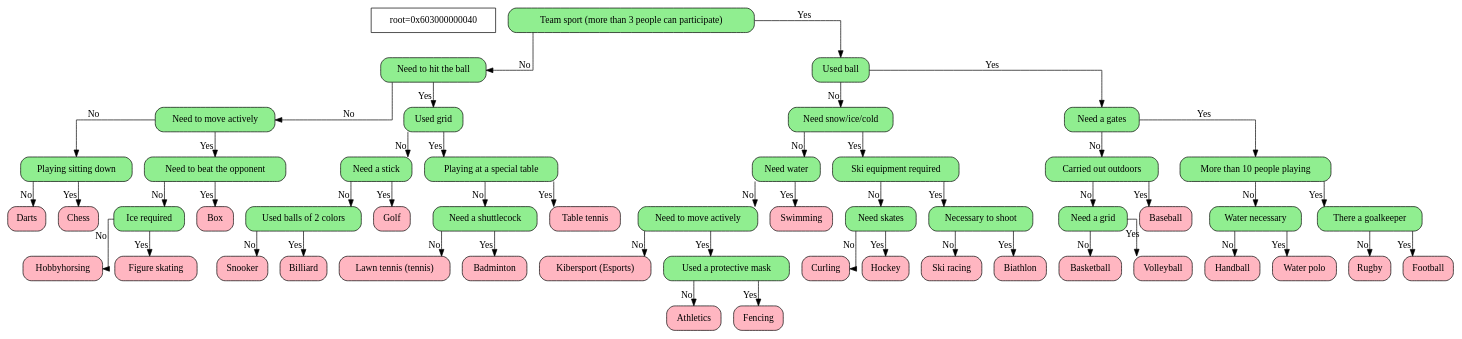
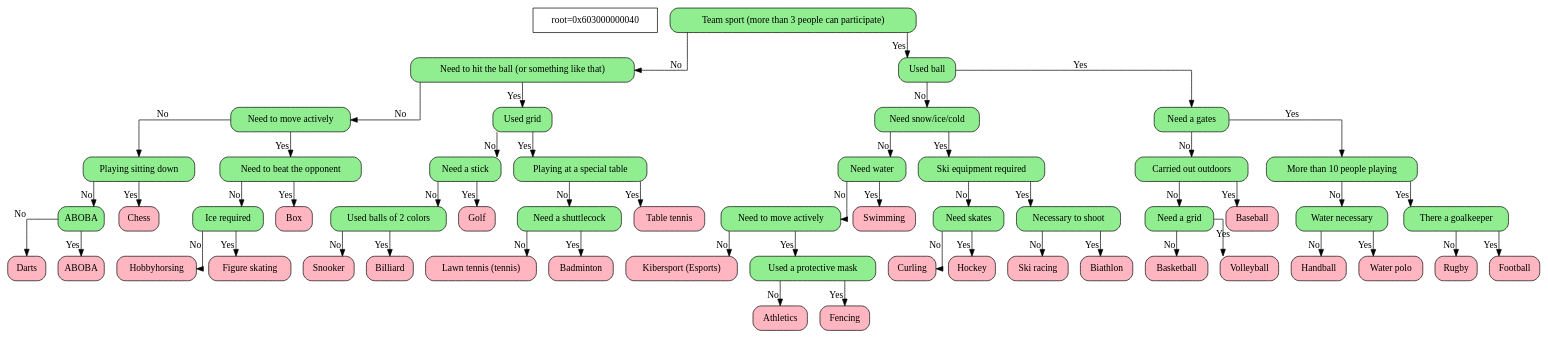
Before and after one commit to Yan103/Akinator: the diagram in DumpFiles/dump.dot, drawn with Graphviz. The commit also changed 10 other files, not shown here.

```diff
--- a/DumpFiles/dump.dot
+++ b/DumpFiles/dump.dot
@@ -5,14 +5,20 @@
 
   	node0x603000000040[shape=Mrecord,style="rounded,filled",fillcolor="lightgreen",label="{ Team sport (more than 3 people can participate) }"]
 	node0x603000000040->node0x603000000070[xlabel="No"]
-	node0x603000000070[shape=Mrecord,style="rounded,filled",fillcolor="lightgreen",label="{ Need to hit the ball }"]
+	node0x603000000070[shape=Mrecord,style="rounded,filled",fillcolor="lightgreen",label="{ Need to hit the ball (or something like that) }"]
 	node0x603000000070->node0x6030000000a0[xlabel="No"]
 	node0x6030000000a0[shape=Mrecord,style="rounded,filled",fillcolor="lightgreen",label="{ Need to move actively }"]
 	node0x6030000000a0->node0x6030000000d0[xlabel="No"]
 	node0x6030000000d0[shape=Mrecord,style="rounded,filled",fillcolor="lightgreen",label="{ Playing sitting down }"]
 	node0x6030000000d0->node0x603000000100[xlabel="No"]
-	node0x603000000100[shape=Mrecord,style="rounded,filled",fillcolor="lightpink",label="{ Darts }"]
-	node0x603000000100[shape=Mrecord,style="rounded,filled",fillcolor="lightpink",label="{ Darts }"]
+	node0x603000000100[shape=Mrecord,style="rounded,filled",fillcolor="lightgreen",label="{ ABOBA }"]
+	node0x603000000100->node0x6030000009d0[xlabel="No"]
+	node0x6030000009d0[shape=Mrecord,style="rounded,filled",fillcolor="lightpink",label="{ Darts }"]
+	node0x6030000009d0[shape=Mrecord,style="rounded,filled",fillcolor="lightpink",label="{ Darts }"]
+	node0x603000000100[shape=Mrecord,style="rounded,filled",fillcolor="lightgreen",label="{ ABOBA }"]
+	node0x603000000100->node0x603000000a00[xlabel="Yes"]
+	node0x603000000a00[shape=Mrecord,style="rounded,filled",fillcolor="lightpink",label="{ ABOBA }"]
+	node0x603000000a00[shape=Mrecord,style="rounded,filled",fillcolor="lightpink",label="{ ABOBA }"]
 	node0x6030000000d0[shape=Mrecord,style="rounded,filled",fillcolor="lightgreen",label="{ Playing sitting down }"]
 	node0x6030000000d0->node0x603000000130[xlabel="Yes"]
 	node0x603000000130[shape=Mrecord,style="rounded,filled",fillcolor="lightpink",label="{ Chess }"]
@@ -33,7 +39,7 @@
 	node0x603000000160->node0x603000000220[xlabel="Yes"]
 	node0x603000000220[shape=Mrecord,style="rounded,filled",fillcolor="lightpink",label="{ Box }"]
 	node0x603000000220[shape=Mrecord,style="rounded,filled",fillcolor="lightpink",label="{ Box }"]
-	node0x603000000070[shape=Mrecord,style="rounded,filled",fillcolor="lightgreen",label="{ Need to hit the ball }"]
+	node0x603000000070[shape=Mrecord,style="rounded,filled",fillcolor="lightgreen",label="{ Need to hit the ball (or something like that) }"]
 	node0x603000000070->node0x603000000250[xlabel="Yes"]
 	node0x603000000250[shape=Mrecord,style="rounded,filled",fillcolor="lightgreen",label="{ Used grid }"]
 	node0x603000000250->node0x603000000280[xlabel="No"]
```
